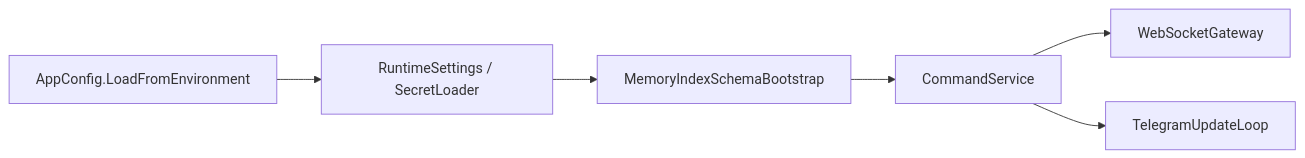
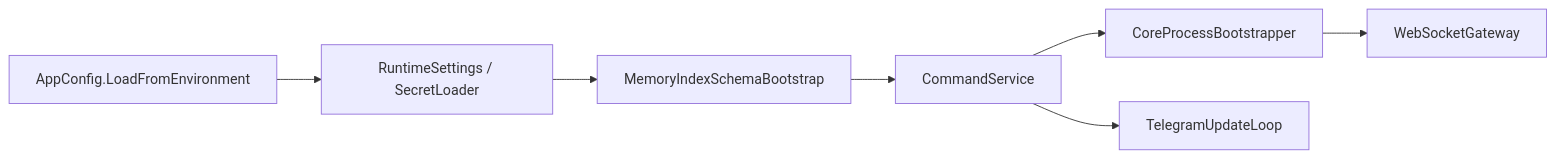
One commit to Tunelts3852/Omni-node changed the second of 9 diagrams in docs/아키텍처_흐름.md. Above: the diagram before and after it, drawn with Mermaid. The commit also changed other lines of this file and 259 other files, not shown here.

````diff
--- a/docs/아키텍처_흐름.md
+++ b/docs/아키텍처_흐름.md
@@ -42,8 +43,9 @@
 ```mermaid
 flowchart LR
     A["AppConfig.LoadFromEnvironment"] --> B["RuntimeSettings / SecretLoader"]
     B --> C["MemoryIndexSchemaBootstrap"]
     C --> D["CommandService"]
-    D --> E["WebSocketGateway"]
+    D --> BOOT["CoreProcessBootstrapper"]
+    BOOT --> E["WebSocketGateway"]
     D --> F["TelegramUpdateLoop"]
 ```
````
